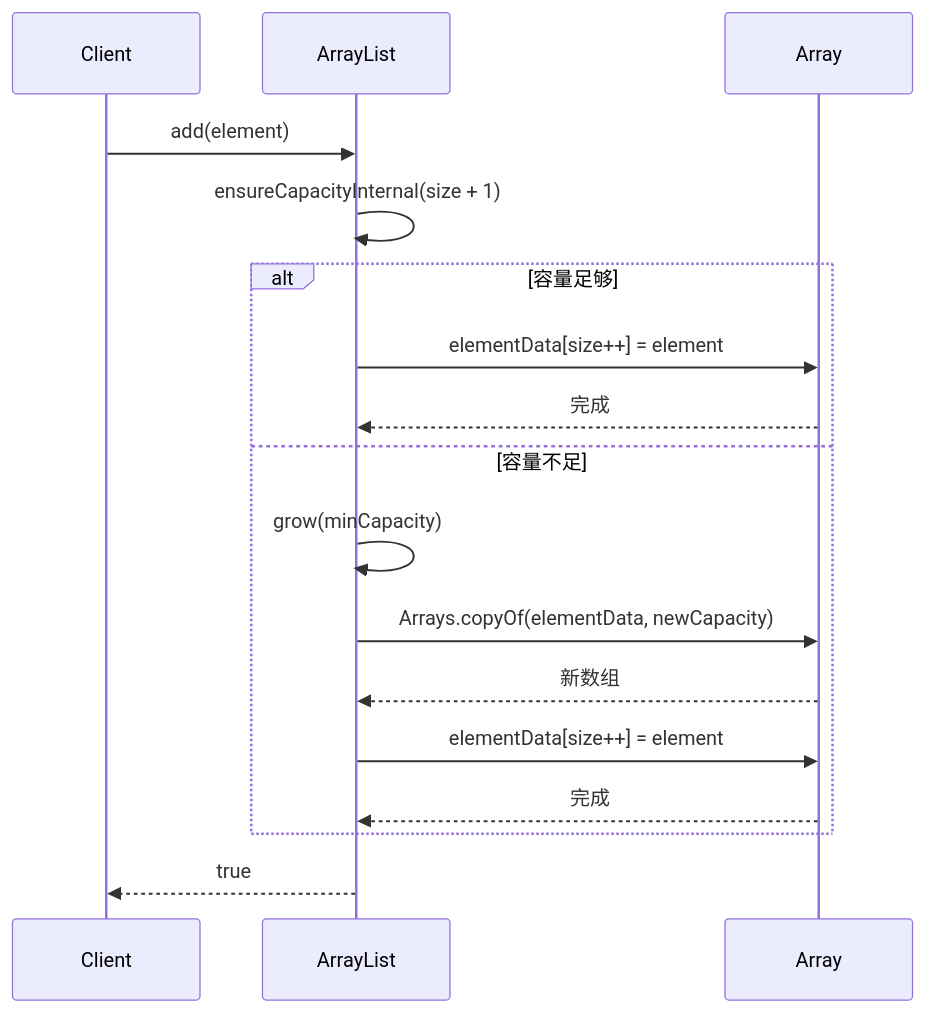
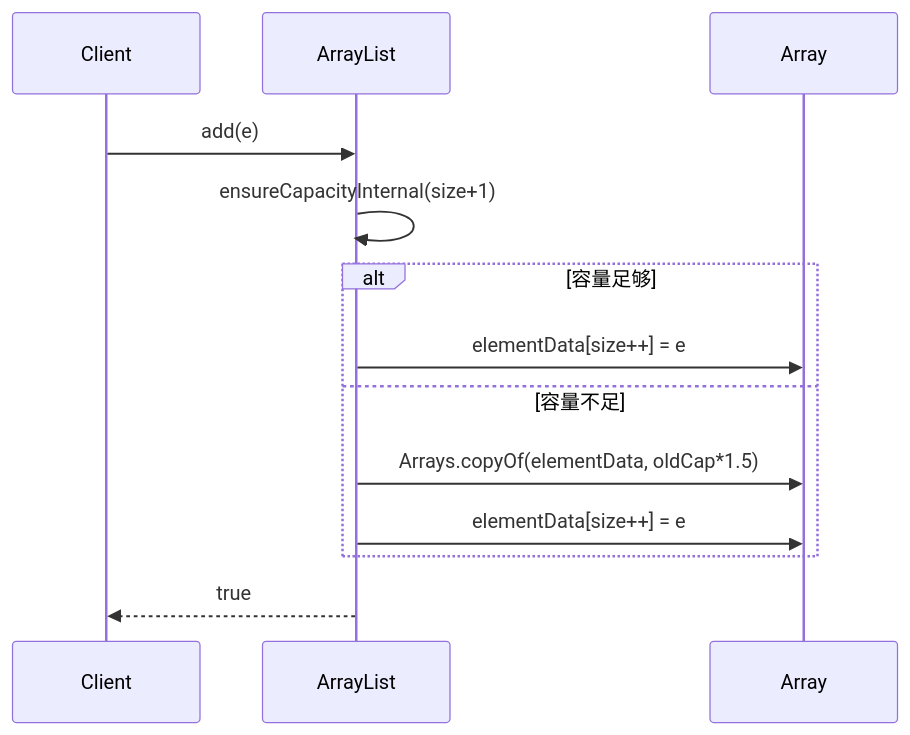
Before and after one commit to chongyang211/YCBookBlog: the second of 3 diagrams in 00.通用技术的提升/08.数据结构算法/13.工业级List设计思想.md, drawn with Mermaid. The commit also changed other lines of this file and 194 other files, not shown here.

````diff
--- a/00.通用技术的提升/08.数据结构算法/13.工业级List设计思想.md
+++ b/00.通用技术的提升/08.数据结构算法/13.工业级List设计思想.md
@@ -537,22 +173,16 @@
 ```mermaid
 sequenceDiagram
-    participant Client
-    participant ArrayList
-    participant Array
-    
-    Client->>ArrayList: add(element)
-    ArrayList->>ArrayList: ensureCapacityInternal(size + 1)
-    
+    participant C as Client
+    participant L as ArrayList
+    participant A as Array
+
+    C->>L: add(e)
+    L->>L: ensureCapacityInternal(size+1)
     alt 容量足够
-        ArrayList->>Array: elementData[size++] = element
-        Array-->>ArrayList: 完成
+        L->>A: elementData[size++] = e
     else 容量不足
-        ArrayList->>ArrayList: grow(minCapacity)
-        ArrayList->>Array: Arrays.copyOf(elementData, newCapacity)
-        Array-->>ArrayList: 新数组
-        ArrayList->>Array: elementData[size++] = element
-        Array-->>ArrayList: 完成
+        L->>A: Arrays.copyOf(elementData, oldCap*1.5)
+        L->>A: elementData[size++] = e
     end
-    
-    ArrayList-->>Client: true
+    L-->>C: true
 ```
````
